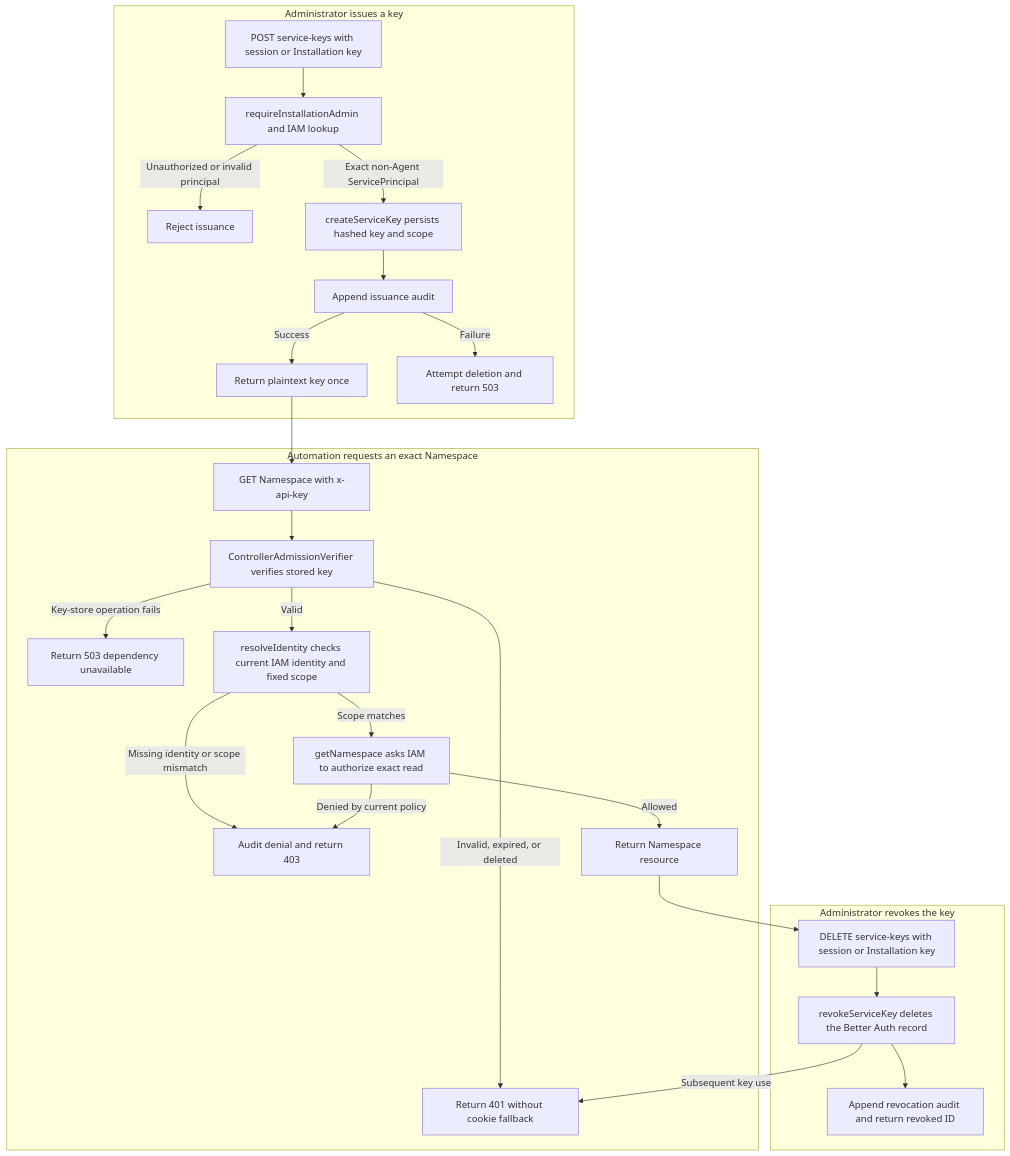
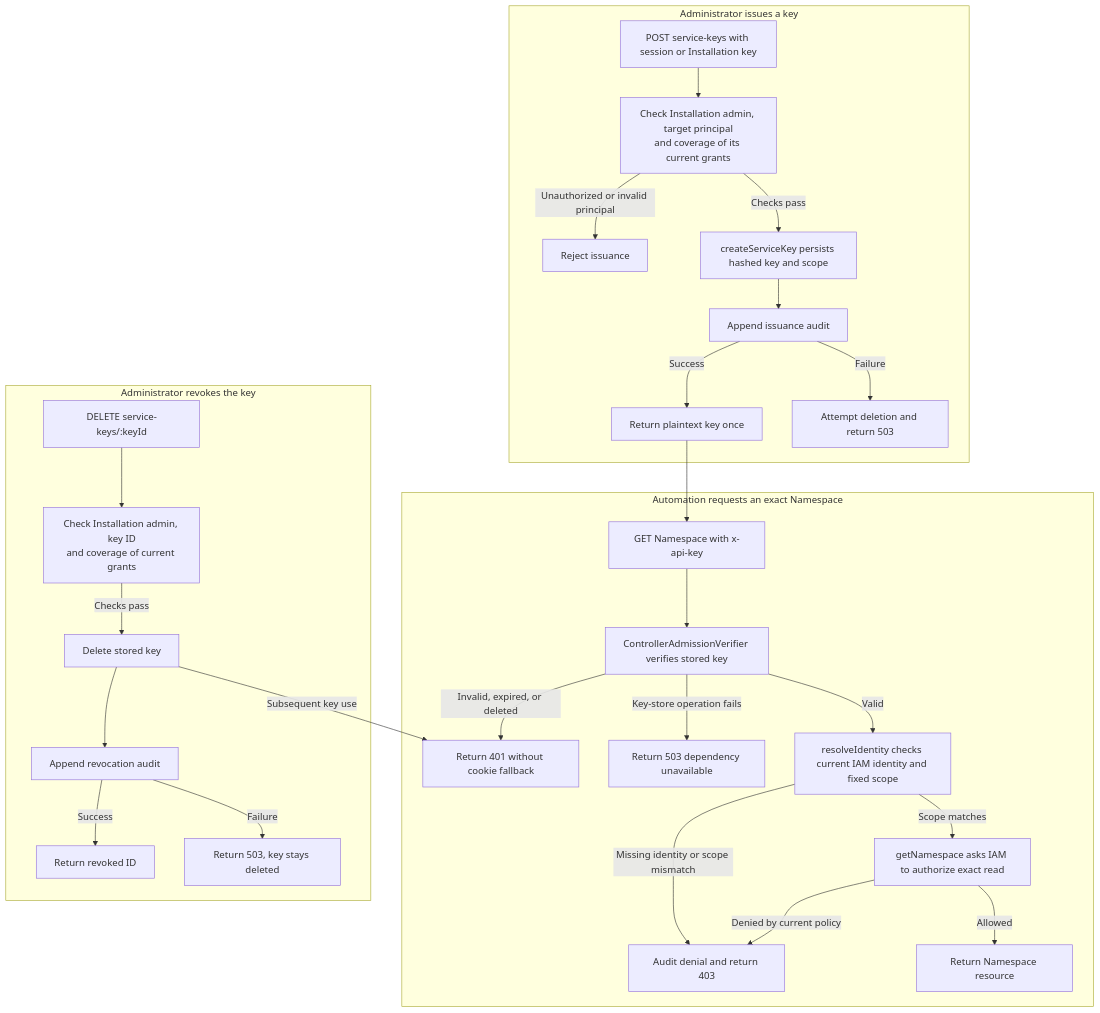
Before and after one commit to openclaw/openclaw-enterprise: the diagram in docs/flows/service-api-keys.md, drawn with Mermaid. The commit also changed other lines of this file and 2 other files, not shown here.

Commit message:
docs: correct service-key revocation and uncertain issuance guidance

````diff
--- a/docs/flows/service-api-keys.md
+++ b/docs/flows/service-api-keys.md
@@ -65,28 +66,30 @@
 ```mermaid
 graph TD
   subgraph Issue["Administrator issues a key"]
-    A["POST service-keys with session or Installation key"] --> B["requireInstallationAdmin and IAM lookup"]
+    A["POST service-keys with session or Installation key"] --> B["Check Installation admin, target principal<br/>and coverage of its current grants"]
     B -->|Unauthorized or invalid principal| C["Reject issuance"]
-    B -->|Exact non-Agent ServicePrincipal| D["createServiceKey persists hashed key and scope"]
+    B -->|Checks pass| D["createServiceKey persists hashed key and scope"]
     D --> E["Append issuance audit"]
     E -->|Success| F["Return plaintext key once"]
     E -->|Failure| G["Attempt deletion and return 503"]
   end
   subgraph Request["Automation requests an exact Namespace"]
     F --> H["GET Namespace with x-api-key"]
     H --> I["ControllerAdmissionVerifier verifies stored key"]
     I -->|Invalid, expired, or deleted| J["Return 401 without cookie fallback"]
     I -->|Key-store operation fails| R["Return 503 dependency unavailable"]
     I -->|Valid| K["resolveIdentity checks current IAM identity and fixed scope"]
     K -->|Scope matches| L["getNamespace asks IAM to authorize exact read"]
     K -->|Missing identity or scope mismatch| M["Audit denial and return 403"]
     L -->|Denied by current policy| M
     L -->|Allowed| N["Return Namespace resource"]
   end
   subgraph Revoke["Administrator revokes the key"]
-    N --> O["DELETE service-keys with session or Installation key"]
-    O --> P["revokeServiceKey deletes the Better Auth record"]
-    P --> Q["Append revocation audit and return revoked ID"]
+    O["DELETE service-keys/:keyId"] --> S["Check Installation admin, key ID<br/>and coverage of current grants"]
+    S -->|Checks pass| P["Delete stored key"]
+    P --> Q["Append revocation audit"]
+    Q -->|Success| T["Return revoked ID"]
+    Q -->|Failure| U["Return 503, key stays deleted"]
     P -->|Subsequent key use| J
   end
 ```
````
